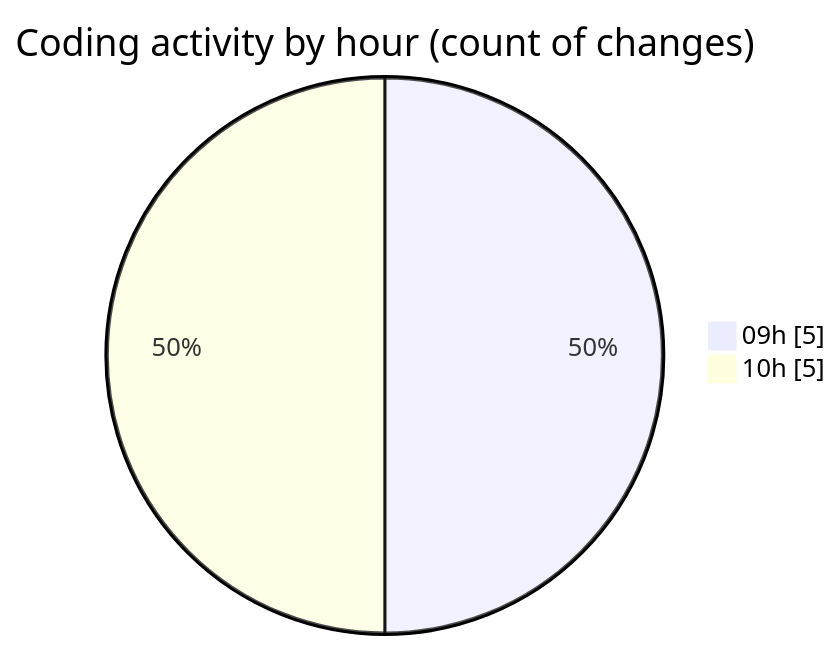
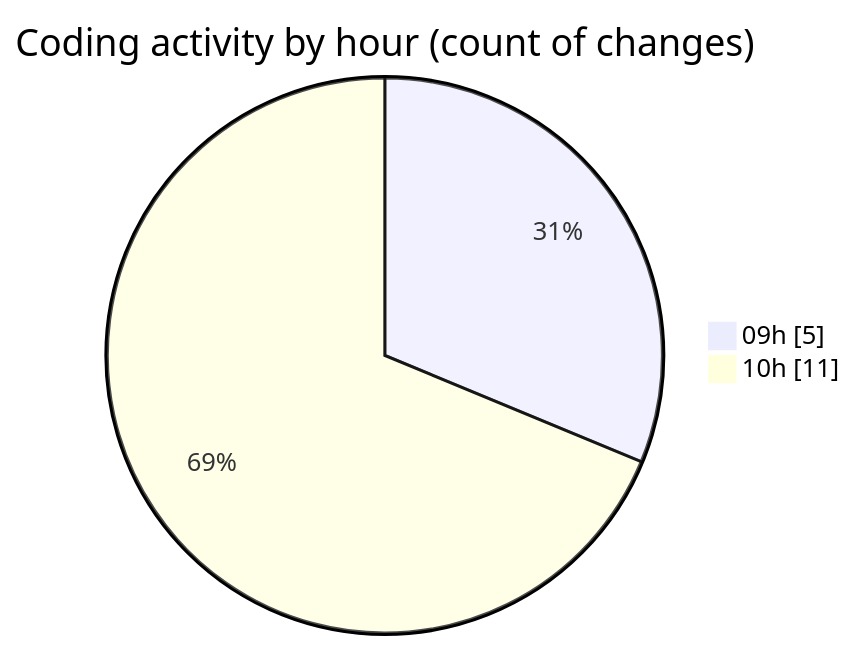
One commit to CELIANVF/code-tracking changed the second of 2 diagrams in 2025-06-02/ecodeli-1/README.md. Above: the diagram before and after it, drawn with Mermaid. The commit also changed other lines of this file and 1 other file, not shown here.

````diff
--- a/2025-06-02/ecodeli-1/README.md
+++ b/2025-06-02/ecodeli-1/README.md
@@ -35,6 +40,6 @@
 ```mermaid
 pie showData
 title Coding activity by hour (count of changes)
 "09h" : 5
-"10h" : 5
+"10h" : 11
 ```
````
